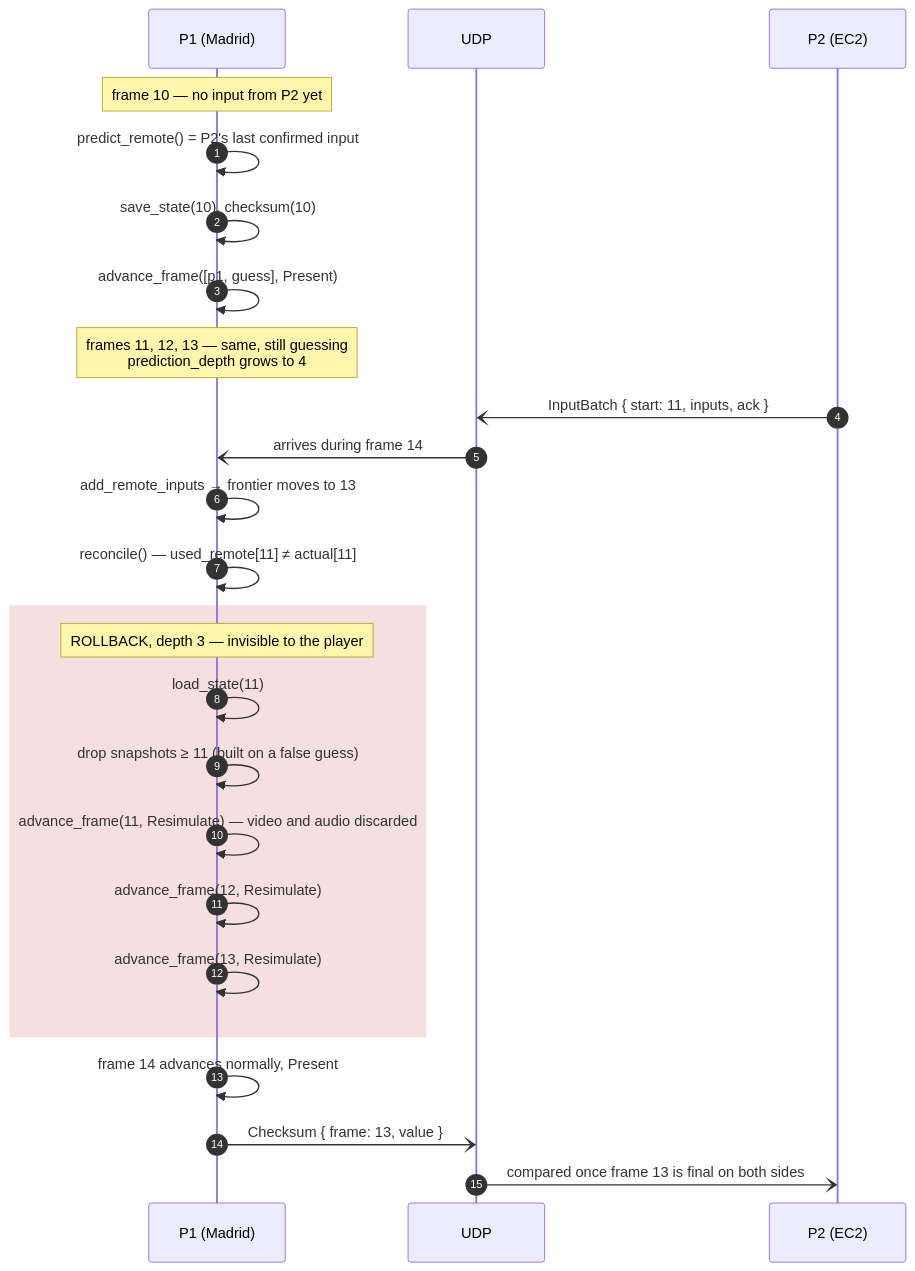
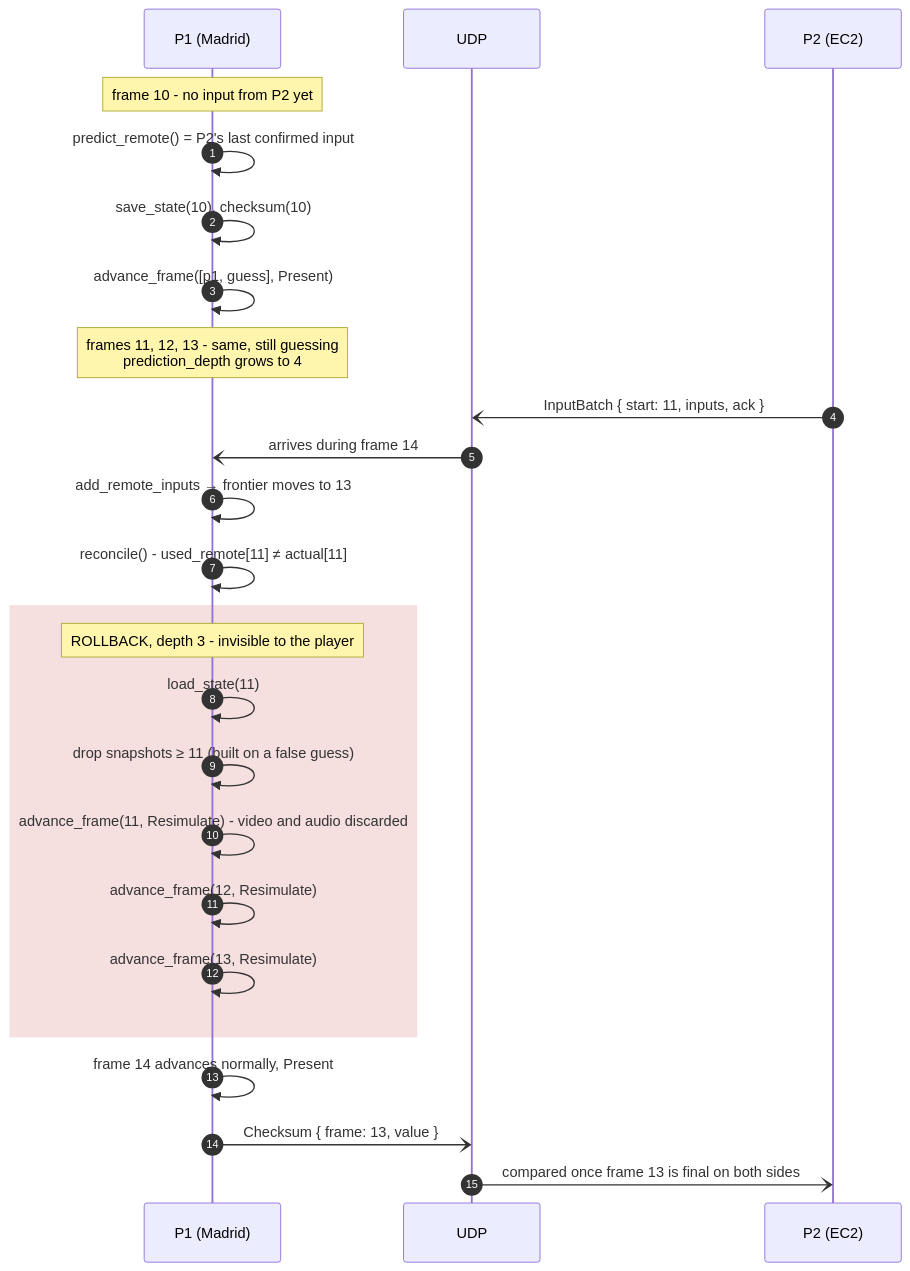
Before and after one commit to clivoa/backstep: the diagram in docs/16-algorithm.md, drawn with Mermaid. The commit also changed other lines of this file and 39 other files, not shown here.

````diff
--- a/docs/16-algorithm.md
+++ b/docs/16-algorithm.md
@@ -87,32 +87,32 @@
 ```mermaid
 sequenceDiagram
     autonumber
     participant P1 as P1 (Madrid)
     participant NET as UDP
     participant P2 as P2 (EC2)
 
-    Note over P1: frame 10 — no input from P2 yet
+    Note over P1: frame 10 - no input from P2 yet
     P1->>P1: predict_remote() = P2's last confirmed input
     P1->>P1: save_state(10), checksum(10)
     P1->>P1: advance_frame([p1, guess], Present)
-    Note over P1: frames 11, 12, 13 — same, still guessing<br/>prediction_depth grows to 4
+    Note over P1: frames 11, 12, 13 - same, still guessing<br/>prediction_depth grows to 4
 
     P2-)NET: InputBatch { start: 11, inputs, ack }
     NET-)P1: arrives during frame 14
 
     P1->>P1: add_remote_inputs → frontier moves to 13
-    P1->>P1: reconcile() — used_remote[11] ≠ actual[11]
+    P1->>P1: reconcile() - used_remote[11] ≠ actual[11]
 
     rect rgba(200,80,80,0.18)
-        Note over P1: ROLLBACK, depth 3 — invisible to the player
+        Note over P1: ROLLBACK, depth 3 - invisible to the player
         P1->>P1: load_state(11)
         P1->>P1: drop snapshots ≥ 11 (built on a false guess)
-        P1->>P1: advance_frame(11, Resimulate) — video and audio discarded
+        P1->>P1: advance_frame(11, Resimulate) - video and audio discarded
         P1->>P1: advance_frame(12, Resimulate)
         P1->>P1: advance_frame(13, Resimulate)
     end
 
     P1->>P1: frame 14 advances normally, Present
     P1-)NET: Checksum { frame: 13, value }
     NET-)P2: compared once frame 13 is final on both sides
 ```
````
